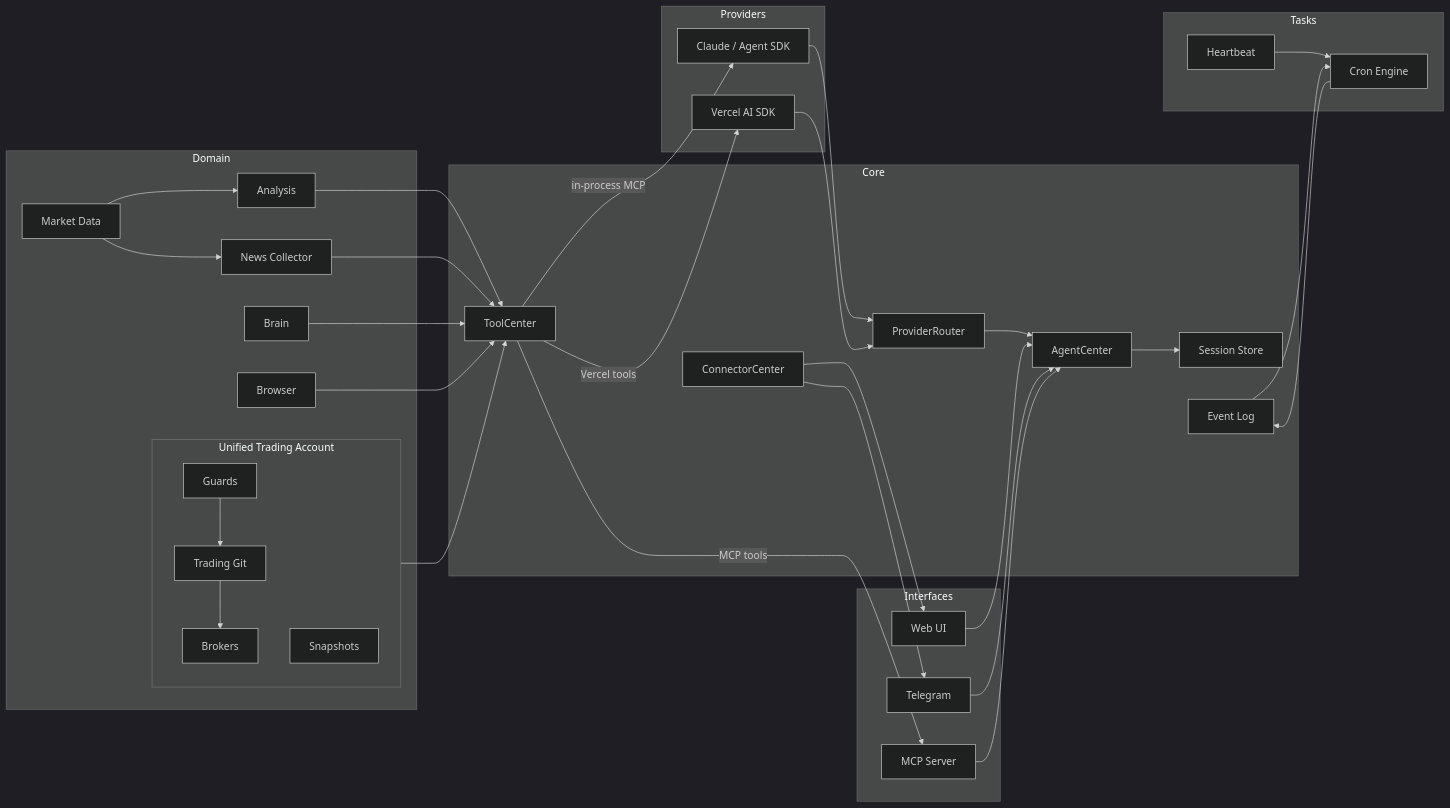
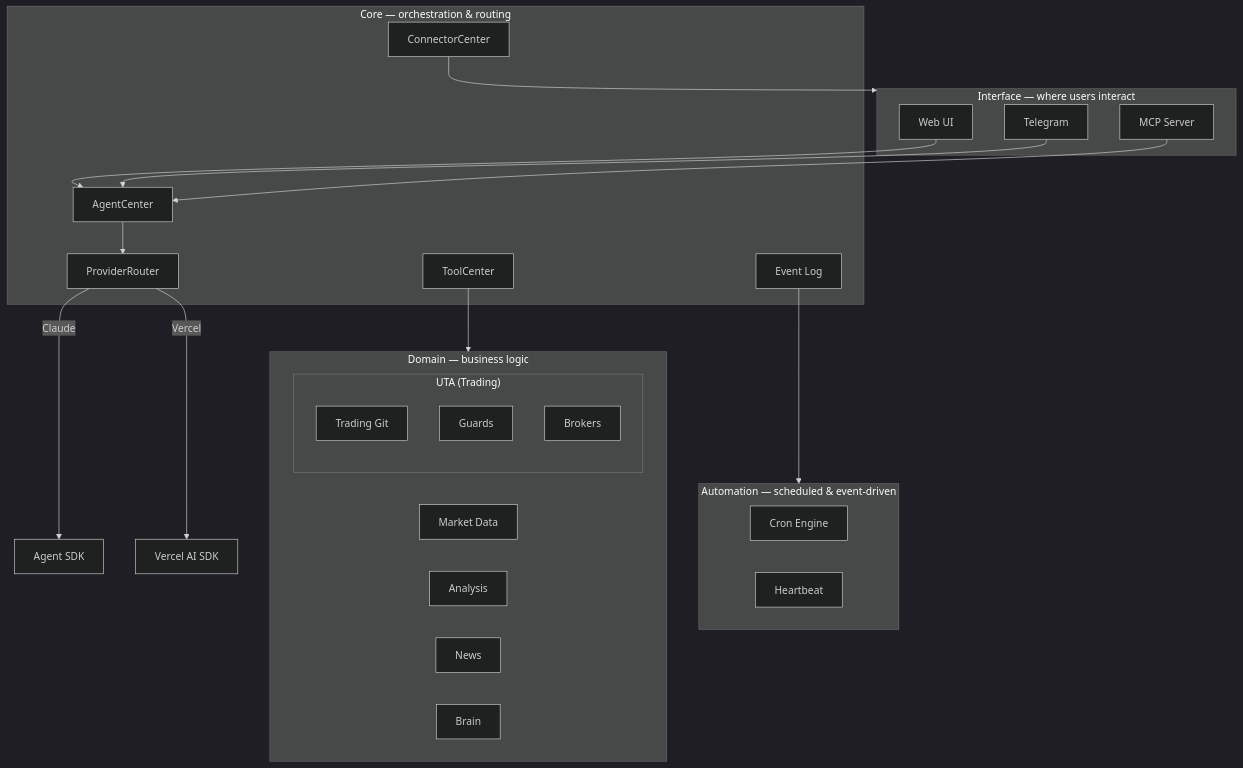
Before and after one commit to timFinn/OpenAlice: the diagram in README.md, drawn with Mermaid (dark theme). The commit also changed other lines of this file and 153 other files, not shown here.

````diff
--- a/README.md
+++ b/README.md
@@ -65,66 +66,41 @@
 ```mermaid
-graph LR
-  subgraph Providers
-    AS[Claude / Agent SDK]
-    VS[Vercel AI SDK]
-  end
-
-  subgraph Core
-    PR[ProviderRouter]
-    AC[AgentCenter]
-    TC[ToolCenter]
-    S[Session Store]
-    EL[Event Log]
-    CCR[ConnectorCenter]
-  end
-
-  subgraph Domain
-    MD[Market Data]
-    AN[Analysis]
-    subgraph UTA[Unified Trading Account]
-      TR[Trading Git]
-      GD[Guards]
-      BK[Brokers]
-      SN[Snapshots]
-    end
-    NC[News Collector]
-    BR[Brain]
-    BW[Browser]
-  end
-
-  subgraph Tasks
-    CRON[Cron Engine]
-    HB[Heartbeat]
-  end
-
-  subgraph Interfaces
+graph TB
+  subgraph Interface["Interface — where users interact"]
     WEB[Web UI]
     TG[Telegram]
     MCP[MCP Server]
   end
 
-  AS --> PR
-  VS --> PR
-  PR --> AC
-  AC --> S
-  TC -->|Vercel tools| VS
-  TC -->|in-process MCP| AS
-  TC -->|MCP tools| MCP
-  MD --> AN
-  MD --> NC
-  AN --> TC
-  GD --> TR
-  TR --> BK
-  UTA --> TC
-  NC --> TC
-  BR --> TC
-  BW --> TC
-  CRON --> EL
-  HB --> CRON
-  EL --> CRON
-  CCR --> WEB
-  CCR --> TG
-  WEB --> AC
-  TG --> AC
-  MCP --> AC
+  subgraph Core["Core — orchestration & routing"]
+    AC[AgentCenter]
+    PR[ProviderRouter]
+    TC[ToolCenter]
+    EL[Event Log]
+    CCR[ConnectorCenter]
+  end
+
+  subgraph Domain["Domain — business logic"]
+    subgraph UTA["UTA (Trading)"]
+      TG2[Trading Git]
+      GD[Guards]
+      BK[Brokers]
+    end
+    MD[Market Data]
+    AN[Analysis]
+    NC[News]
+    BR[Brain]
+  end
+
+  subgraph Automation["Automation — scheduled & event-driven"]
+    CRON[Cron Engine]
+    HB[Heartbeat]
+  end
+
+  WEB & TG & MCP --> AC
+  AC --> PR
+  PR -->|Claude| AS[Agent SDK]
+  PR -->|Vercel| VS[Vercel AI SDK]
+  TC --> Domain
+  EL --> Automation
+  CCR --> Interface
 ```
````
